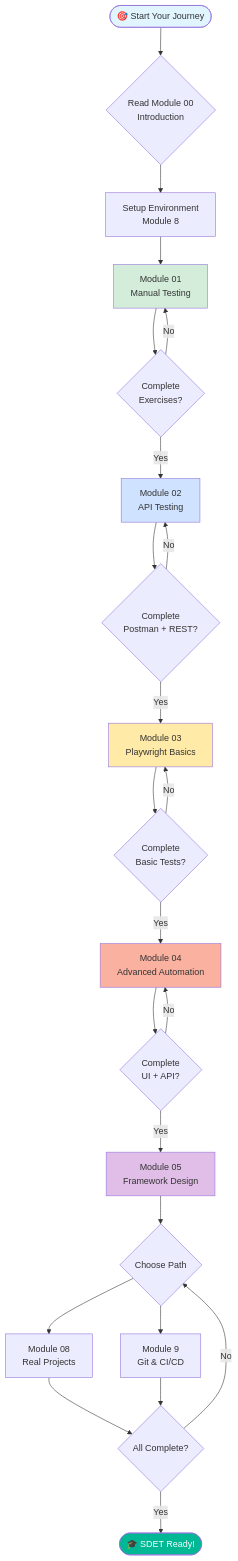
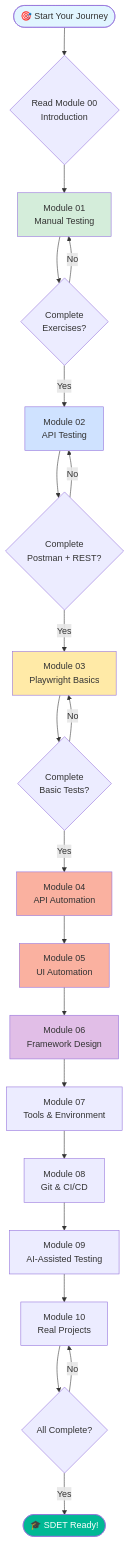
One commit to ghanendra-sdet/qa-to-sdet-roadmap changed the third of 3 diagrams in 00-introduction/repo_structure.md. Above: the diagram before and after it, drawn with Mermaid. The commit also changed other lines of this file and 23 other files, not shown here.

````diff
--- a/00-introduction/repo_structure.md
+++ b/00-introduction/repo_structure.md
@@ -515,41 +465,37 @@
 ```mermaid
 flowchart TD
     Start([🎯 Start Your Journey]) --> Read00{Read Module 00<br/>Introduction}
-    
-    Read00 --> Setup[Setup Environment<br/>Module 8]
-    Setup --> M01[Module 01<br/>Manual Testing]
-    
+
+    Read00 --> M01[Module 01<br/>Manual Testing]
     M01 --> Test1{Complete<br/>Exercises?}
     Test1 -->|No| M01
     Test1 -->|Yes| M02[Module 02<br/>API Testing]
-    
+
     M02 --> Test2{Complete<br/>Postman + REST?}
     Test2 -->|No| M02
     Test2 -->|Yes| M03[Module 03<br/>Playwright Basics]
-    
+
     M03 --> Test3{Complete<br/>Basic Tests?}
     Test3 -->|No| M03
-    Test3 -->|Yes| M04[Module 04<br/>Advanced Automation]
-    
-    M04 --> Test4{Complete<br/>UI + API?}
-    Test4 -->|No| M04
-    Test4 -->|Yes| M05[Module 05<br/>Framework Design]
-    
-    M05 --> Parallel{Choose Path}
-    Parallel --> M08[Module 08<br/>Real Projects]
-    Parallel --> M9[Module 9<br/>Git & CI/CD]
-    
-    M08 --> Final{All Complete?}
-    M9 --> Final
-    
-    Final -->|No| Parallel
+    Test3 -->|Yes| M04[Module 04<br/>API Automation]
+
+    M04 --> M05[Module 05<br/>UI Automation]
+    M05 --> M06[Module 06<br/>Framework Design]
+    M06 --> M07[Module 07<br/>Tools & Environment]
+    M07 --> M08[Module 08<br/>Git & CI/CD]
+    M08 --> M09[Module 09<br/>AI-Assisted Testing]
+    M09 --> M10[Module 10<br/>Real Projects]
+
+    M10 --> Final{All Complete?}
+    Final -->|No| M10
     Final -->|Yes| Graduate([🎓 SDET Ready!])
-    
+
     style Start fill:#e1f5ff
     style Graduate fill:#00b894,color:#fff
     style M01 fill:#d4edda
     style M02 fill:#cfe2ff
     style M03 fill:#ffeaa7
     style M04 fill:#fab1a0
-    style M05 fill:#e1bee7
+    style M05 fill:#fab1a0
+    style M06 fill:#e1bee7
 ```
````
